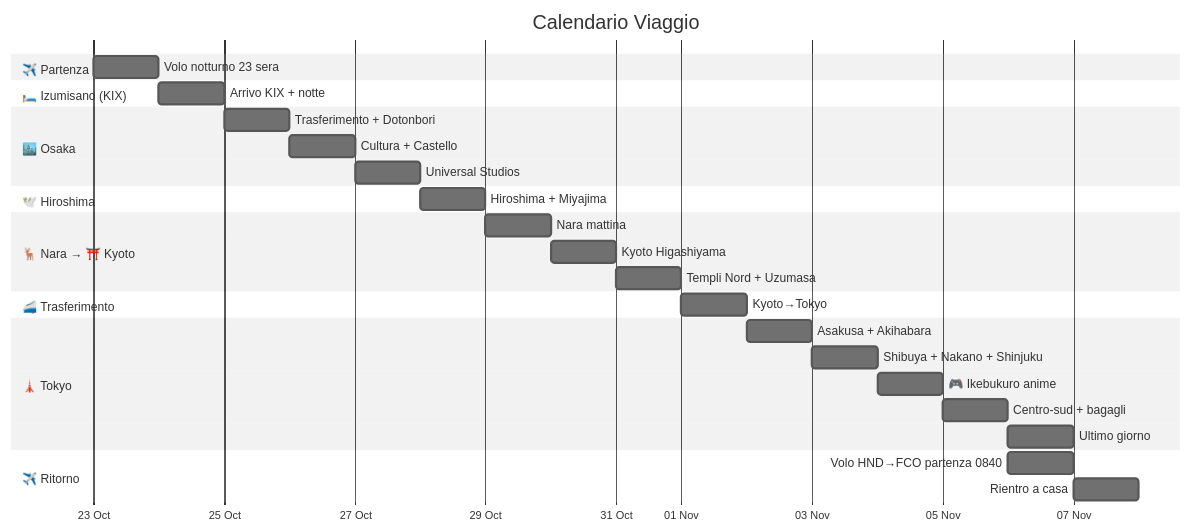
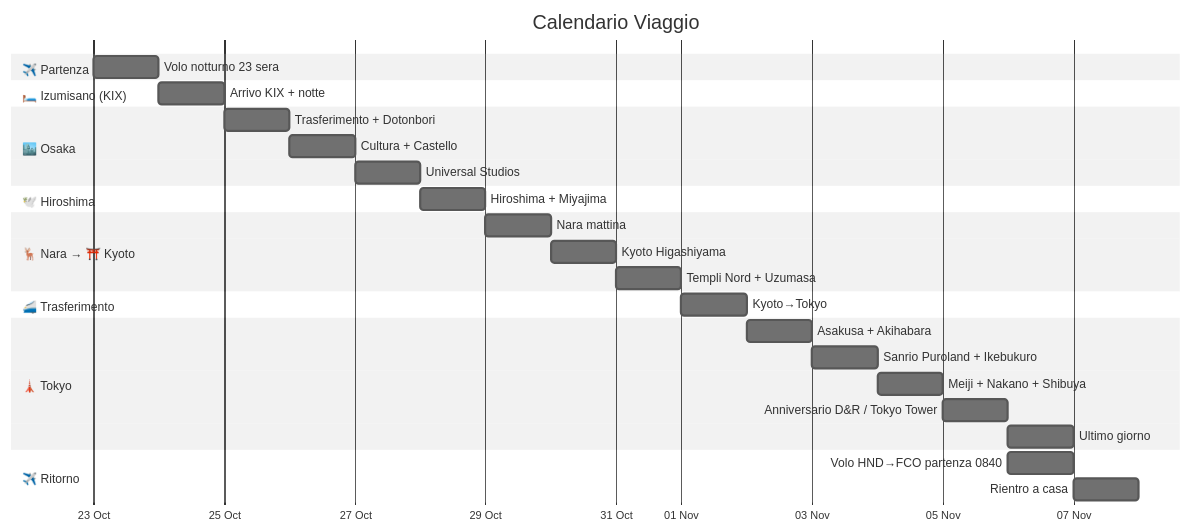
Before and after one commit to LorenzoPolito/Travel-Vault: the second of 2 diagrams in Itinerari/Japan/2026/Itinerario-Giappone-23ott-6nov2026.md, drawn with Mermaid (neutral theme). The commit also changed other lines of this file and 14 other files, not shown here.

Commit message:
Spese reali come fonte di verita: budget ~2.870 EUR/pax (alloggio 359,89, assicurazione 53,43, USJ 88,25, Sanrio 19,97, bagagli 17,17); allineati itinerario/KB/AGENTS/SKILL/Attivita/Lista

````diff
--- a/Itinerari/Japan/2026/Itinerario-Giappone-23ott-6nov2026.md
+++ b/Itinerari/Japan/2026/Itinerario-Giappone-23ott-6nov2026.md
@@ -82,39 +65,39 @@
 ```mermaid
 gantt
     title Calendario Viaggio
     dateFormat  YYYY-MM-DD
     axisFormat  %d %b
 
     section ✈️ Partenza
     Volo notturno 23 sera   :g1, 2026-10-23, 1d
 
     section 🛏️ Izumisano (KIX)
     Arrivo KIX + notte      :g2, 2026-10-24, 1d
 
     section 🏙️ Osaka
     Trasferimento + Dotonbori :g3, 2026-10-25, 1d
     Cultura + Castello     :2026-10-26, 1d
     Universal Studios      :2026-10-27, 1d
 
     section 🕊️ Hiroshima
     Hiroshima + Miyajima   :2026-10-28, 1d
 
     section 🦌 Nara → ⛩️ Kyoto
     Nara mattina           :g7, 2026-10-29, 1d
     Kyoto Higashiyama      :2026-10-30, 1d
     Templi Nord + Uzumasa  :2026-10-31, 1d
 
     section 🚄 Trasferimento
     Kyoto→Tokyo            :2026-11-01, 1d
 
     section 🗼 Tokyo
     Asakusa + Akihabara    :2026-11-02, 1d
-    Shibuya + Nakano + Shinjuku :2026-11-03, 1d
-    🎮 Ikebukuro anime     :2026-11-04, 1d
-    Centro-sud + bagagli   :2026-11-05, 1d
+    Sanrio Puroland + Ikebukuro :2026-11-03, 1d
+    Meiji + Nakano + Shibuya :2026-11-04, 1d
+    Anniversario D&R / Tokyo Tower :2026-11-05, 1d
     Ultimo giorno          :2026-11-06, 1d
 
     section ✈️ Ritorno
     Volo HND→FCO partenza 0840 :2026-11-06, 1d
     Rientro a casa           :2026-11-07, 1d
 ```
````
